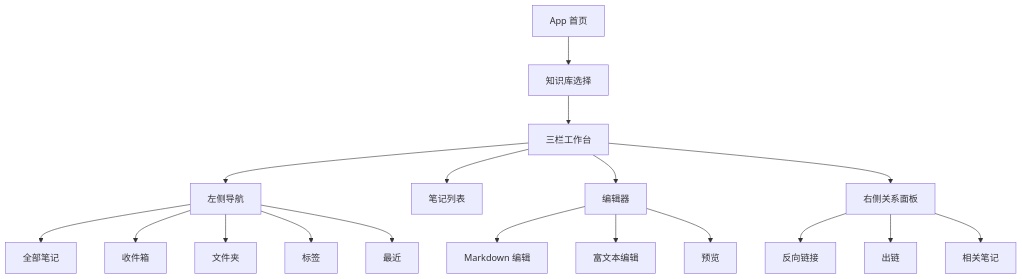
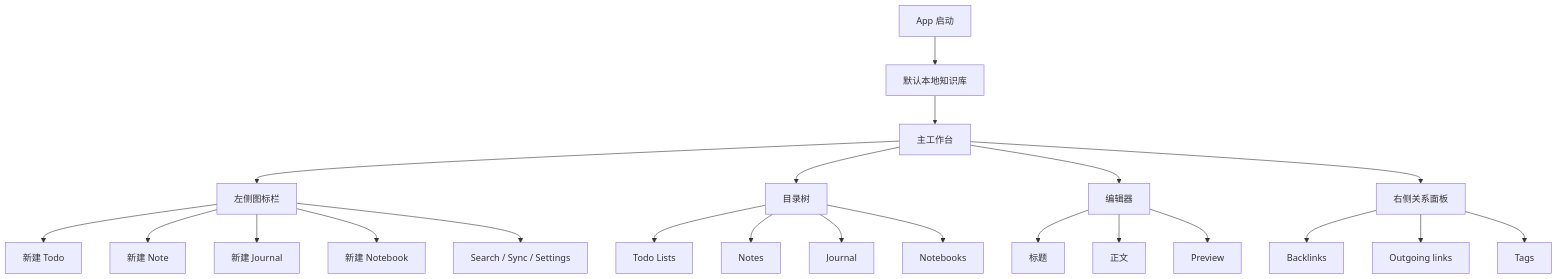
The diagram in docs/UCD.md (xiad980624/note_app), drawn with Mermaid before and after one commit. The commit also changed other lines of this file and 6 other files, not shown here.

````diff
--- a/docs/UCD.md
+++ b/docs/UCD.md
@@ -8,20 +8,24 @@
 ```mermaid
 flowchart TD
-  A["App 首页"] --> B["知识库选择"]
-  B --> C["三栏工作台"]
-  C --> D["左侧导航"]
-  C --> E["笔记列表"]
+  A["App 启动"] --> B["默认本地知识库"]
+  B --> C["主工作台"]
+  C --> D["左侧图标栏"]
+  C --> E["目录树"]
   C --> F["编辑器"]
   C --> G["右侧关系面板"]
-  D --> D1["全部笔记"]
-  D --> D2["收件箱"]
-  D --> D3["文件夹"]
-  D --> D4["标签"]
-  D --> D5["最近"]
-  F --> F1["Markdown 编辑"]
-  F --> F2["富文本编辑"]
-  F --> F3["预览"]
-  G --> G1["反向链接"]
-  G --> G2["出链"]
-  G --> G3["相关笔记"]
+  D --> D1["新建 Todo"]
+  D --> D2["新建 Note"]
+  D --> D3["新建 Journal"]
+  D --> D4["新建 Notebook"]
+  D --> D5["Search / Sync / Settings"]
+  E --> E1["Todo Lists"]
+  E --> E2["Notes"]
+  E --> E3["Journal"]
+  E --> E4["Notebooks"]
+  F --> F1["标题"]
+  F --> F2["正文"]
+  F --> F3["Preview"]
+  G --> G1["Backlinks"]
+  G --> G2["Outgoing links"]
+  G --> G3["Tags"]
 ```
````
